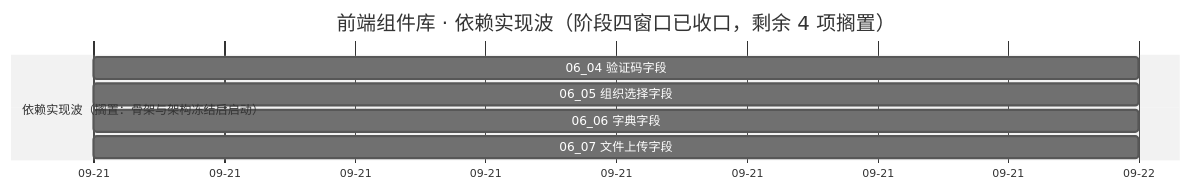
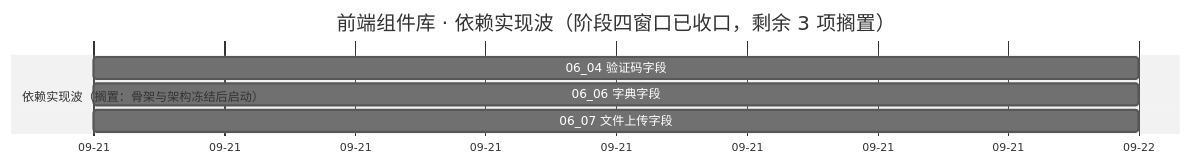
Before and after one commit to minjian123/basic-management-system: the diagram in bms文档/项目/04_前端组件库/计划/01_计划_前端组件库.md, drawn with Mermaid (neutral theme). The commit also changed other lines of this file and 12 other files, not shown here.

````diff
--- a/bms文档/项目/04_前端组件库/计划/01_计划_前端组件库.md
+++ b/bms文档/项目/04_前端组件库/计划/01_计划_前端组件库.md
@@ -77,12 +77,11 @@
 ```mermaid
 gantt
-    title 前端组件库 · 依赖实现波（阶段四窗口已收口，剩余 4 项搁置）
+    title 前端组件库 · 依赖实现波（阶段四窗口已收口，剩余 3 项搁置）
     dateFormat  YYYY-MM-DD
     axisFormat %m-%d
-    %% 已完成任务不入甘特：域 02 / 03 / 04 / 05 / 10 与域 06（06_01 ~ 06_03）、域 07（全部）、域 08（08_01 ~ 08_10）均已完成
+    %% 已完成任务不入甘特：域 02 / 03 / 04 / 05 / 10 与域 06（06_01 ~ 06_03 / 06_05）、域 07（全部）、域 08（08_01 ~ 08_10）均已完成
     section 依赖实现波（搁置：骨架与架构冻结后启动）
     06_04 验证码字段 :c0604, 2026-09-21, 1d
-    06_05 组织选择字段 :c0605, 2026-09-21, 1d
     06_06 字典字段 :c0606, 2026-09-21, 1d
     06_07 文件上传字段 :c0607, 2026-09-21, 1d
 ```
````
